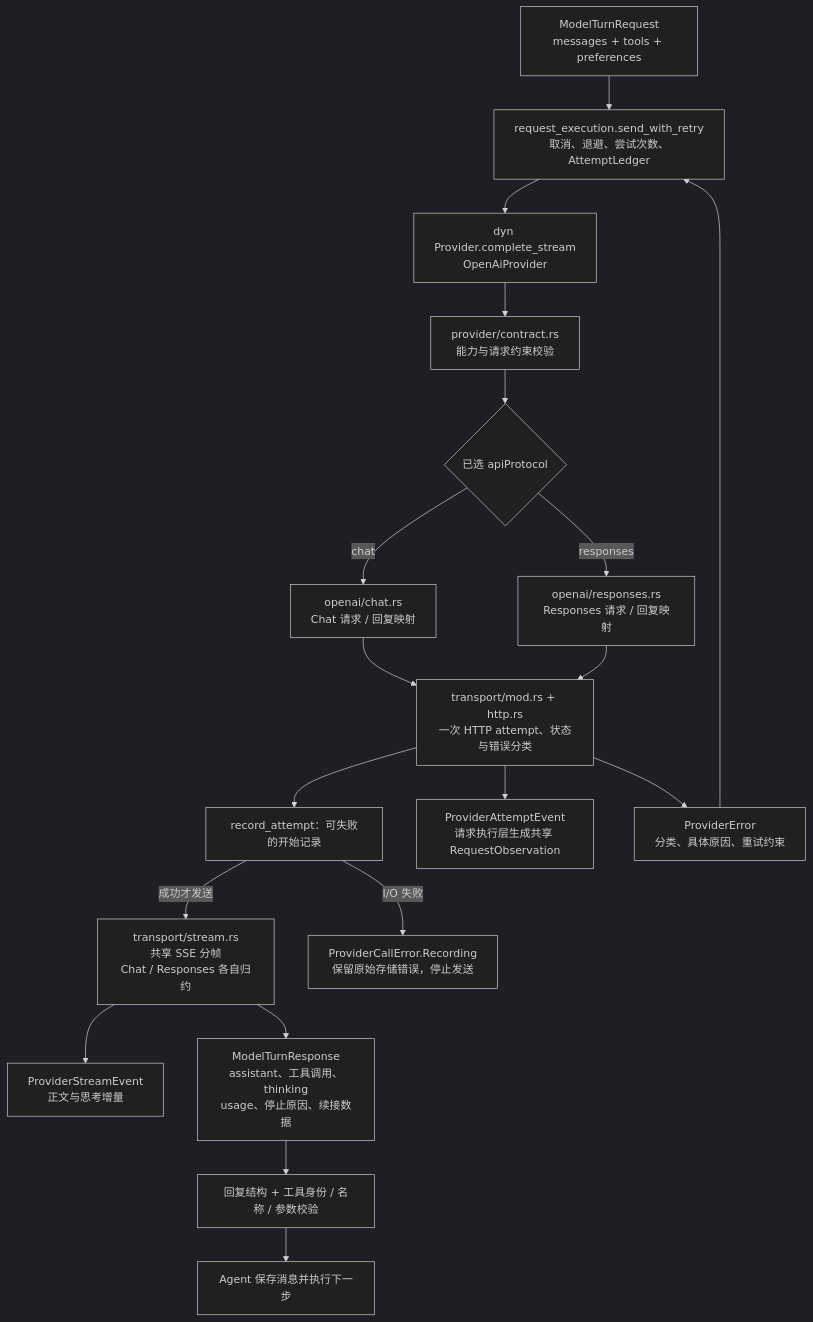
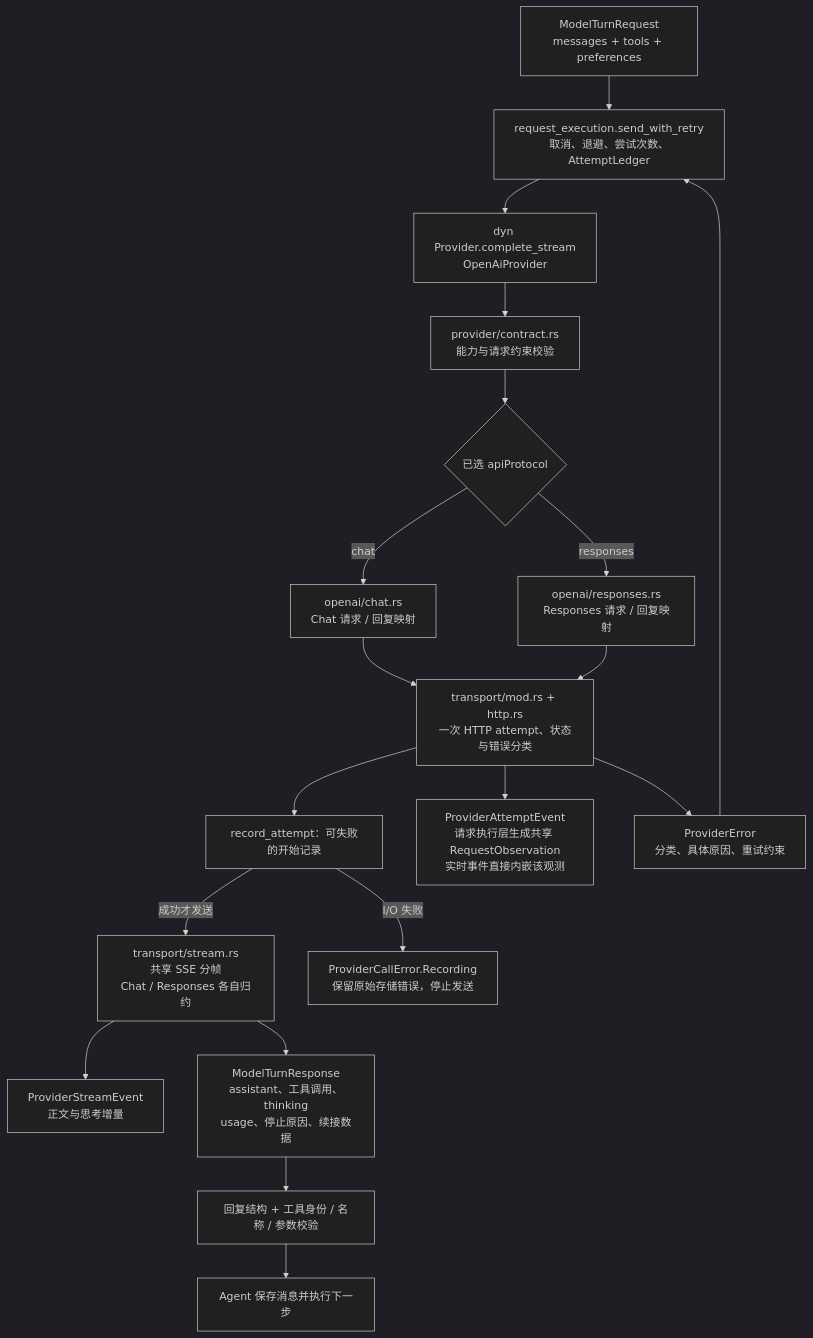
Before and after one commit to qjcnmd/singularity-agent: diagram 19 of 29 in docs/singularity.md, drawn with Mermaid (dark theme). The commit also changed other lines of this file and 27 other files, not shown here.

````diff
--- a/docs/singularity.md
+++ b/docs/singularity.md
@@ -512,21 +512,21 @@
 ```mermaid
 flowchart TB
     Request["ModelTurnRequest<br/>messages + tools + preferences"] --> Retry["request_execution.send_with_retry<br/>取消、退避、尝试次数、AttemptLedger"]
     Retry --> Provider["dyn Provider.complete_stream<br/>OpenAiProvider"]
     Provider --> Validate["provider/contract.rs<br/>能力与请求约束校验"]
     Validate --> Protocol{"已选 apiProtocol"}
     Protocol -->|"chat"| Chat["openai/chat.rs<br/>Chat 请求 / 回复映射"]
     Protocol -->|"responses"| Responses["openai/responses.rs<br/>Responses 请求 / 回复映射"]
     Chat --> Transport["transport/mod.rs + http.rs<br/>一次 HTTP attempt、状态与错误分类"]
     Responses --> Transport
     Transport --> Record["record_attempt：可失败的开始记录"]
     Record -->|"成功才发送"| SSE["transport/stream.rs<br/>共享 SSE 分帧<br/>Chat / Responses 各自归约"]
     SSE --> Deltas["ProviderStreamEvent<br/>正文与思考增量"]
     Record -->|"I/O 失败"| StorageError["ProviderCallError.Recording<br/>保留原始存储错误，停止发送"]
-    Transport --> Attempts["ProviderAttemptEvent<br/>请求执行层生成共享 RequestObservation"]
+    Transport --> Attempts["ProviderAttemptEvent<br/>请求执行层生成共享 RequestObservation<br/>实时事件直接内嵌该观测"]
     SSE --> Reply["ModelTurnResponse<br/>assistant、工具调用、thinking<br/>usage、停止原因、续接数据"]
     Reply --> Check["回复结构 + 工具身份 / 名称 / 参数校验"]
     Check --> Agent["Agent 保存消息并执行下一步"]
     Transport --> Error["ProviderError<br/>分类、具体原因、重试约束"]
     Error --> Retry
 ```
````
